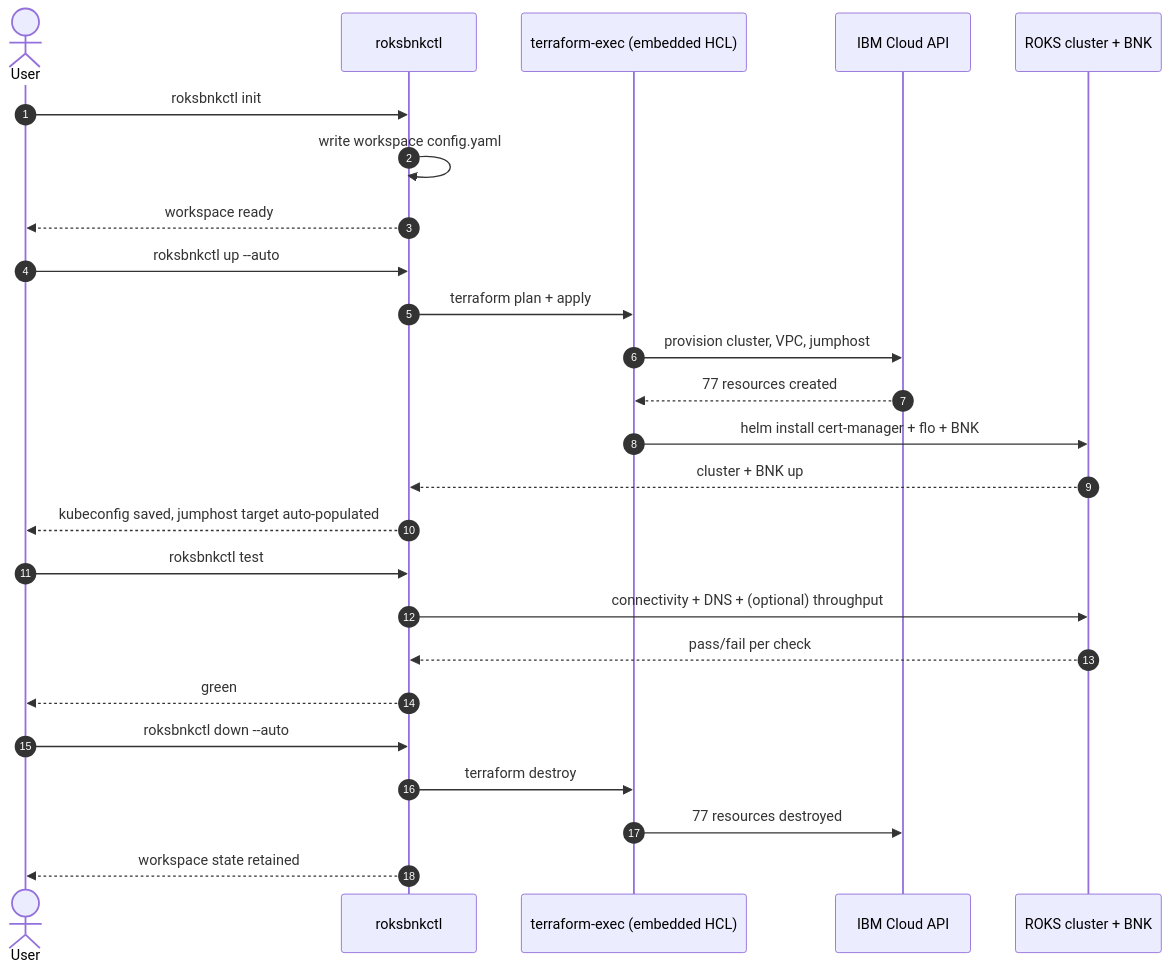
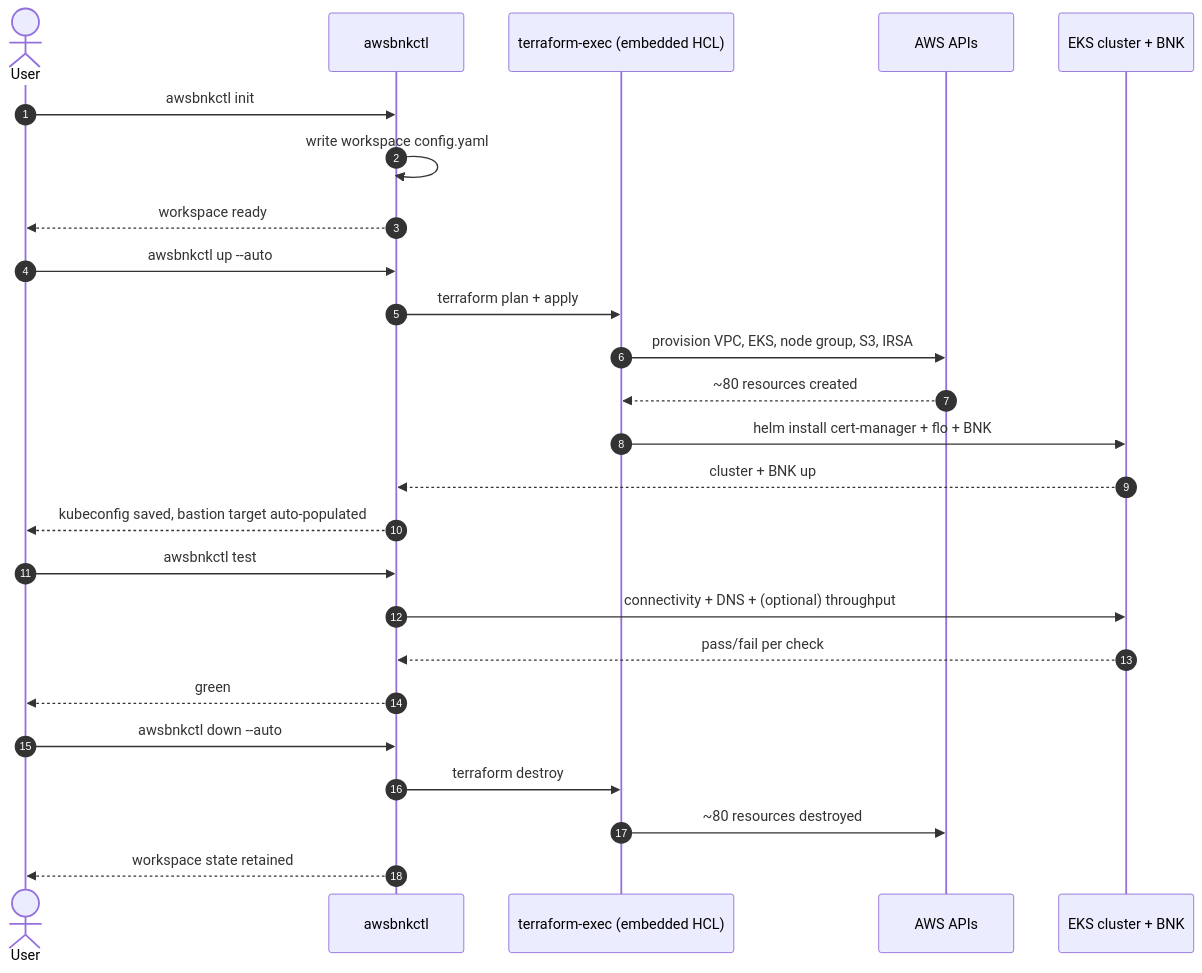
One commit to JLCode-tech/awsbnkctl changed the diagram in book/src/07-quick-start.md. Above: the diagram before and after it, drawn with Mermaid. The commit also changed other lines of this file and 84 other files, not shown here.

````diff
--- a/book/src/07-quick-start.md
+++ b/book/src/07-quick-start.md
@@ -7,27 +7,27 @@
 ```mermaid
 sequenceDiagram
     autonumber
     actor User
-    participant CLI as roksbnkctl
+    participant CLI as awsbnkctl
     participant TF as terraform-exec (embedded HCL)
-    participant IBM as IBM Cloud API
-    participant K8s as ROKS cluster + BNK
-    User->>CLI: roksbnkctl init
+    participant AWS as AWS APIs
+    participant K8s as EKS cluster + BNK
+    User->>CLI: awsbnkctl init
     CLI->>CLI: write workspace config.yaml
     CLI-->>User: workspace ready
-    User->>CLI: roksbnkctl up --auto
+    User->>CLI: awsbnkctl up --auto
     CLI->>TF: terraform plan + apply
-    TF->>IBM: provision cluster, VPC, jumphost
-    IBM-->>TF: 77 resources created
+    TF->>AWS: provision VPC, EKS, node group, S3, IRSA
+    AWS-->>TF: ~80 resources created
     TF->>K8s: helm install cert-manager + flo + BNK
     K8s-->>CLI: cluster + BNK up
-    CLI-->>User: kubeconfig saved, jumphost target auto-populated
-    User->>CLI: roksbnkctl test
+    CLI-->>User: kubeconfig saved, bastion target auto-populated
+    User->>CLI: awsbnkctl test
     CLI->>K8s: connectivity + DNS + (optional) throughput
     K8s-->>CLI: pass/fail per check
     CLI-->>User: green
-    User->>CLI: roksbnkctl down --auto
+    User->>CLI: awsbnkctl down --auto
     CLI->>TF: terraform destroy
-    TF->>IBM: 77 resources destroyed
+    TF->>AWS: ~80 resources destroyed
     CLI-->>User: workspace state retained
 ```
````
